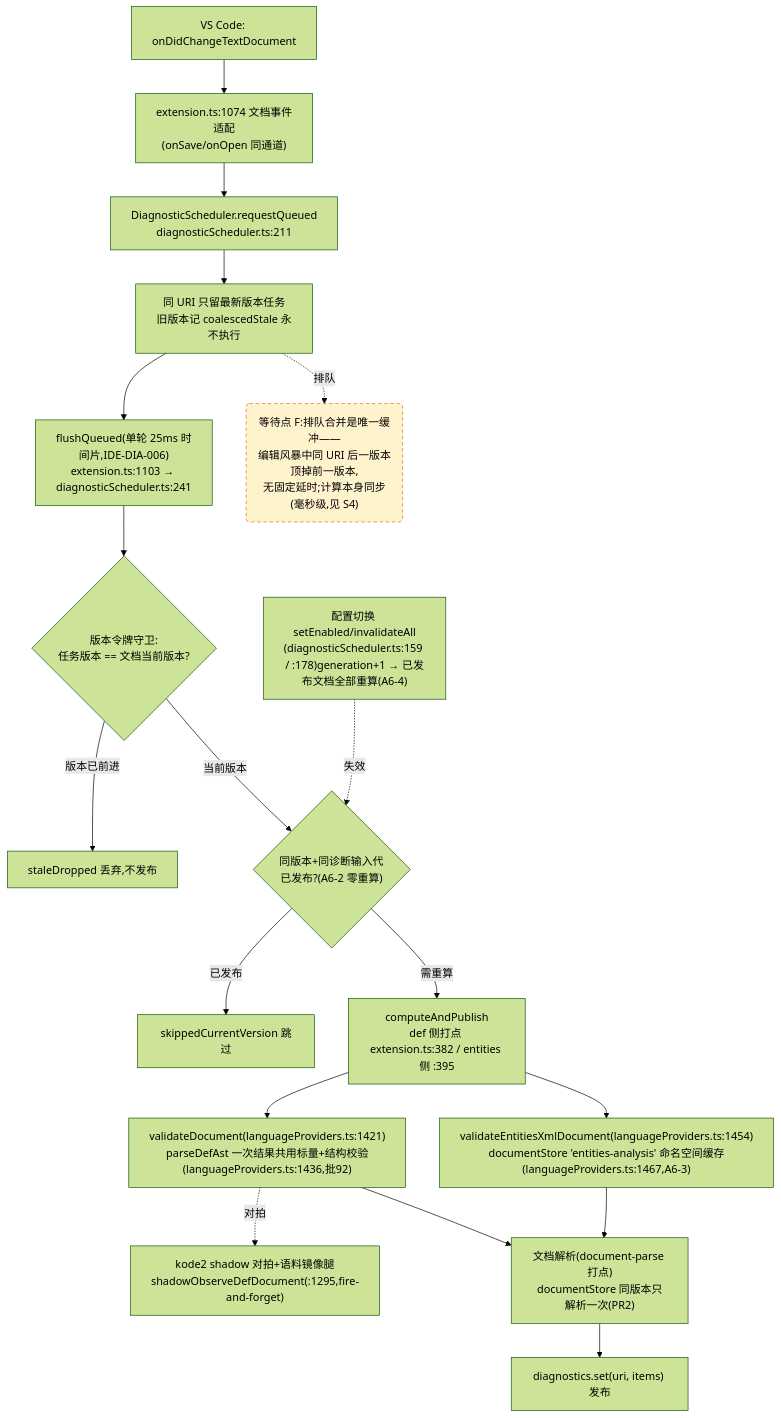
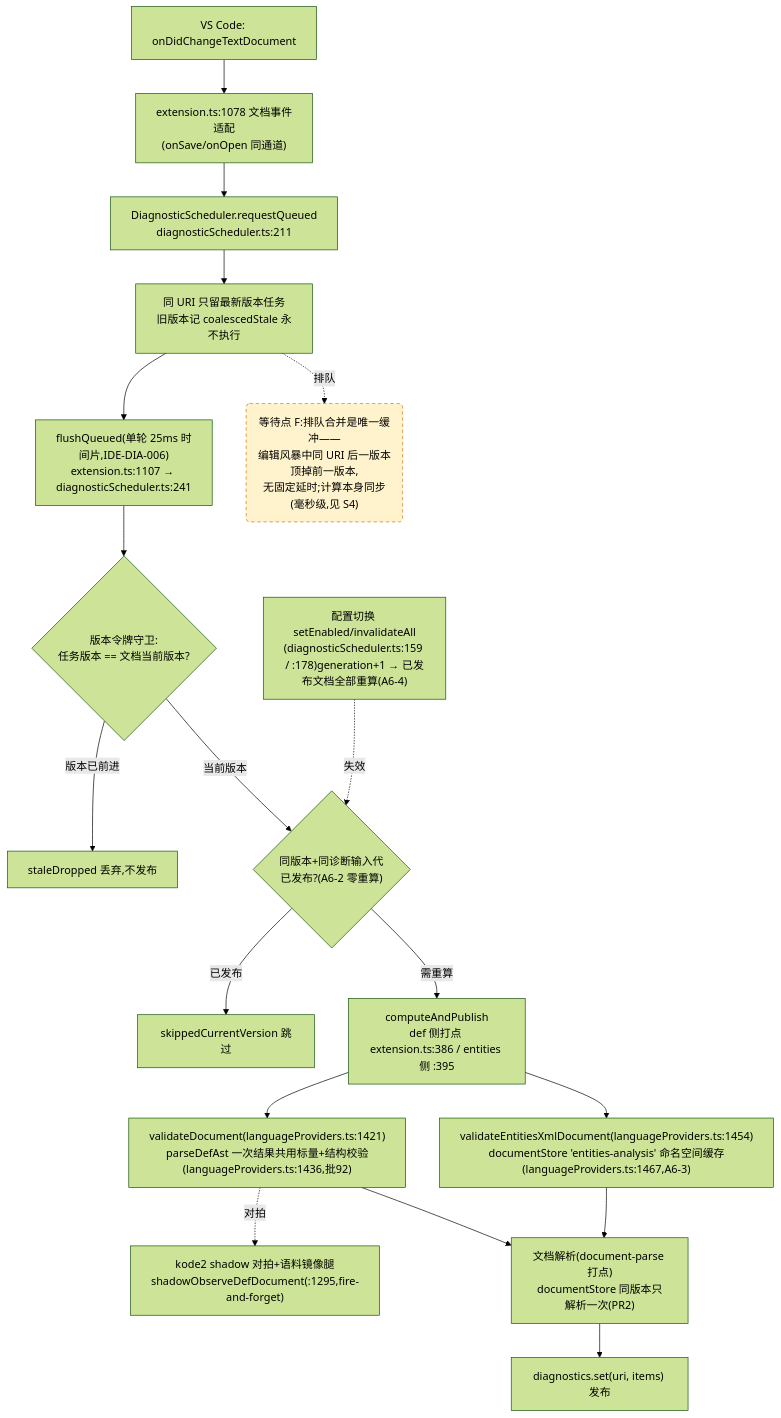
One commit to cuihairu/kode changed the fourth of 4 diagrams in docs/perf/2026-baseline.md. Above: the diagram before and after it, drawn with Mermaid (forest theme). The commit also changed other lines of this file and 10 other files, not shown here.

````diff
--- a/docs/perf/2026-baseline.md
+++ b/docs/perf/2026-baseline.md
@@ -214,38 +214,38 @@
 ```mermaid
 flowchart TD
   CHG["VS Code: onDidChangeTextDocument"]
-  WATCH["extension.ts:1074 文档事件适配<br/>(onSave/onOpen 同通道)"]
+  WATCH["extension.ts:1078 文档事件适配<br/>(onSave/onOpen 同通道)"]
   RQ["DiagnosticScheduler.requestQueued<br/>diagnosticScheduler.ts:211"]
   CO["同 URI 只留最新版本任务<br/>旧版本记 coalescedStale 永不执行"]
-  FL["flushQueued(单轮 25ms 时间片,IDE-DIA-006)<br/>extension.ts:1103 → diagnosticScheduler.ts:241"]
+  FL["flushQueued(单轮 25ms 时间片,IDE-DIA-006)<br/>extension.ts:1107 → diagnosticScheduler.ts:241"]
   VG{"版本令牌守卫:<br/>任务版本 == 文档当前版本?"}
   DROP["staleDropped 丢弃,不发布"]
   GEN{"同版本+同诊断输入代<br/>已发布?(A6-2 零重算)"}
   SKIP["skippedCurrentVersion 跳过"]
-  CALC["computeAndPublish<br/>def 侧打点 extension.ts:382 / entities 侧 :395"]
+  CALC["computeAndPublish<br/>def 侧打点 extension.ts:386 / entities 侧 :395"]
   VD["validateDocument(languageProviders.ts:1421)<br/>parseDefAst 一次结果共用标量+结构校验(languageProviders.ts:1436,批92)"]
   VEX["validateEntitiesXmlDocument(languageProviders.ts:1454)<br/>documentStore 'entities-analysis' 命名空间缓存(languageProviders.ts:1467,A6-3)"]
   SHDD["kode2 shadow 对拍+语料镜像腿<br/>shadowObserveDefDocument(:1295,fire-and-forget)"]
   DS["文档解析(document-parse 打点)<br/>documentStore 同版本只解析一次(PR2)"]
   PUB["diagnostics.set(uri, items) 发布"]
   CFG2["配置切换 setEnabled/invalidateAll<br/>(diagnosticScheduler.ts:159 / :178)generation+1 → 已发布文档全部重算(A6-4)"]
 
   CHG --> WATCH --> RQ --> CO --> FL --> VG
   VG -- "版本已前进" --> DROP
   VG -- "当前版本" --> GEN
   GEN -- "已发布" --> SKIP
   GEN -- "需重算" --> CALC
   CALC --> VD
   CALC --> VEX
   VD --> DS
   VEX --> DS
   DS --> PUB
   VD -.->|对拍| SHDD
   CFG2 -.->|失效| GEN
 
   WAITF("等待点 F:排队合并是唯一缓冲——<br/>编辑风暴中同 URI 后一版本顶掉前一版本,<br/>无固定延时;计算本身同步(毫秒级,见 S4)")
   CO -.->|排队| WAITF
 
   classDef waitPoint fill:#fff3cd,stroke:#d97706,stroke-dasharray:5 4;
   class WAITF waitPoint;
 ```
````
